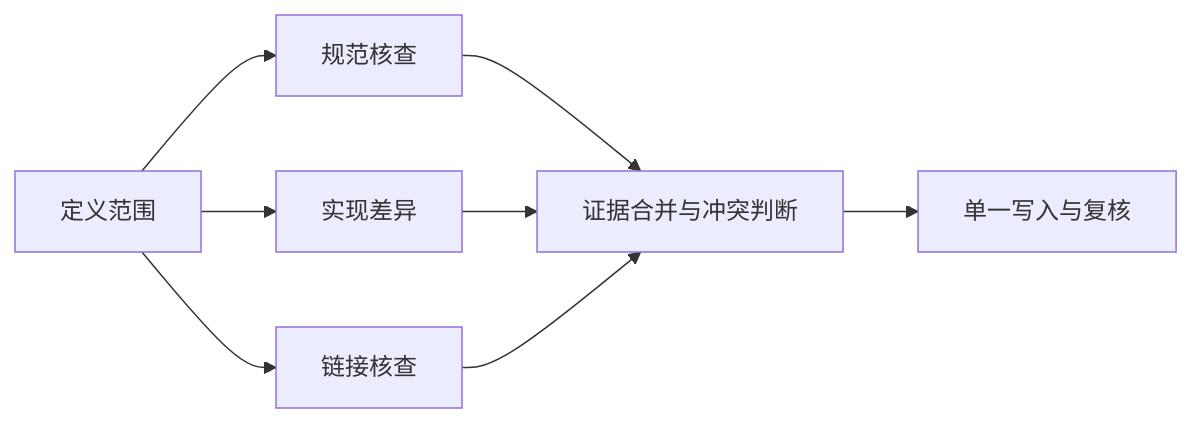
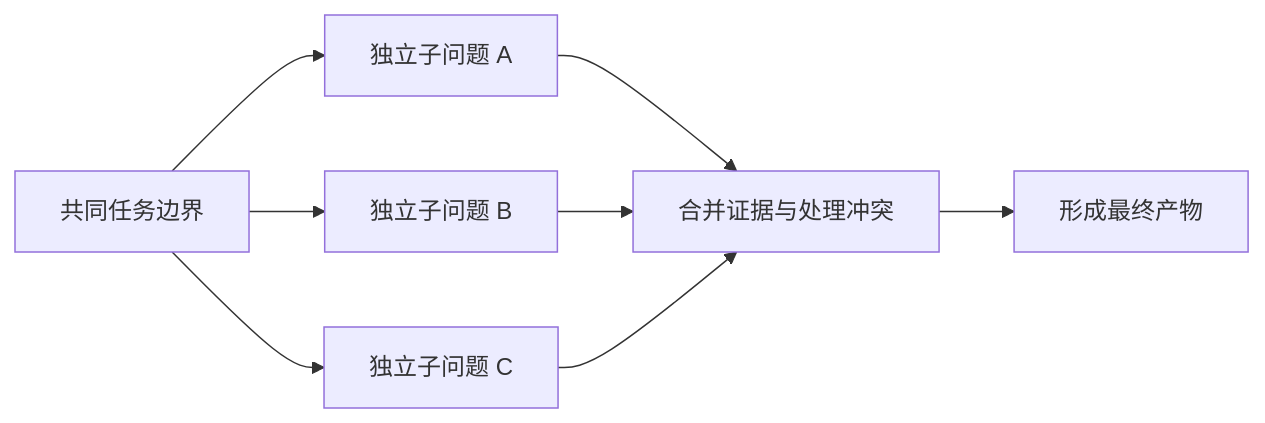
The second of 2 diagrams in docs/note/ai/11-multi-agent.md (Cypher-hey/footprint), drawn with Mermaid before and after one commit. The commit also changed other lines of this file and 22 other files, not shown here.

Commit message:
docs(ai): unify conceptual explanations, progressive diagrams and cross-topic knowledge ownership

````diff
--- a/docs/note/ai/11-multi-agent.md
+++ b/docs/note/ai/11-multi-agent.md
@@ -29,10 +47,10 @@
 ```mermaid
 flowchart LR
-    S["定义范围"] --> A["规范核查"]
-    S --> B["实现差异"]
-    S --> C["链接核查"]
-    A --> R["证据合并与冲突判断"]
+    S["共同任务边界"] --> A["独立子问题 A"]
+    S --> B["独立子问题 B"]
+    S --> C["独立子问题 C"]
+    A --> R["合并证据与处理冲突"]
     B --> R
     C --> R
-    R --> W["单一写入与复核"]
+    R --> W["形成最终产物"]
 ```
````
